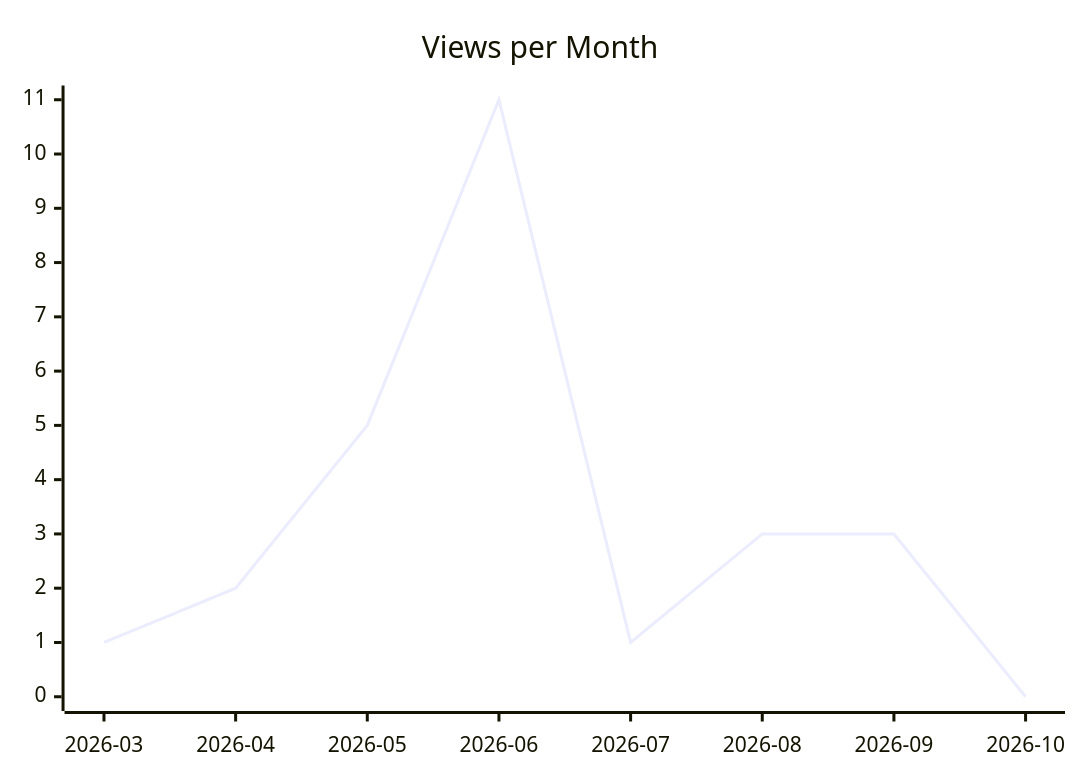
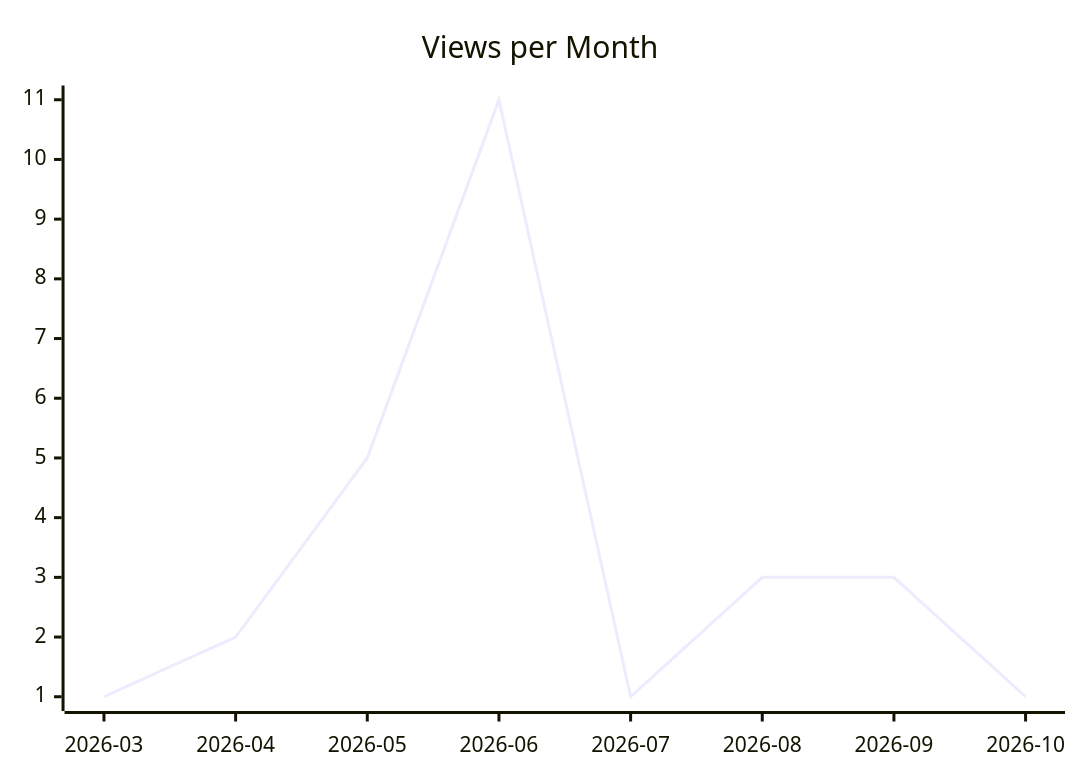
The second of 3 diagrams in karlmdavis/justdavis-ansible/README.md (justdavis-family/github-analytics-data), drawn with Mermaid before and after one commit. The commit also changed other lines of this file and 201 other files, not shown here.

````diff
--- a/karlmdavis/justdavis-ansible/README.md
+++ b/karlmdavis/justdavis-ansible/README.md
@@ -12,6 +12,6 @@
 ```mermaid
 xychart-beta
   title "Views per Month"
   x-axis ["2026-03", "2026-04", "2026-05", "2026-06", "2026-07", "2026-08", "2026-09", "2026-10"]
-  line [1, 2, 5, 11, 1, 3, 3, 0]
+  line [1, 2, 5, 11, 1, 3, 3, 1]
 ```
````
